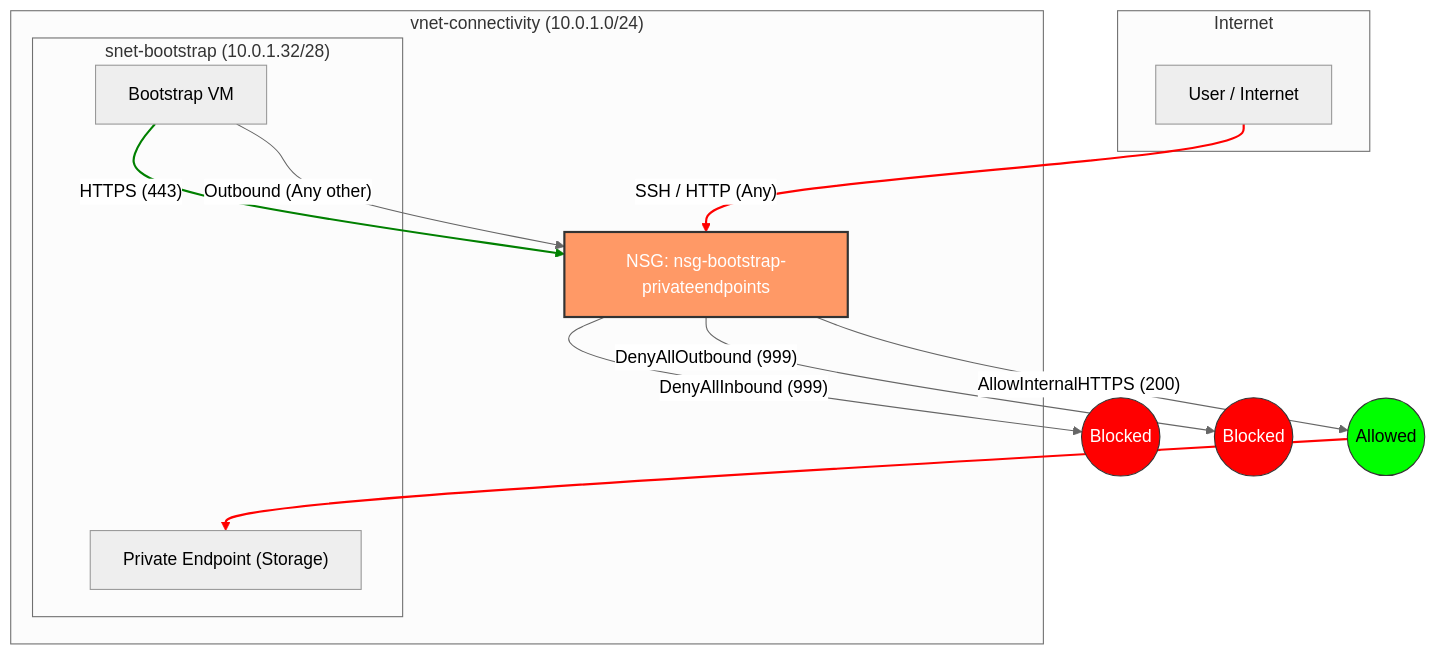
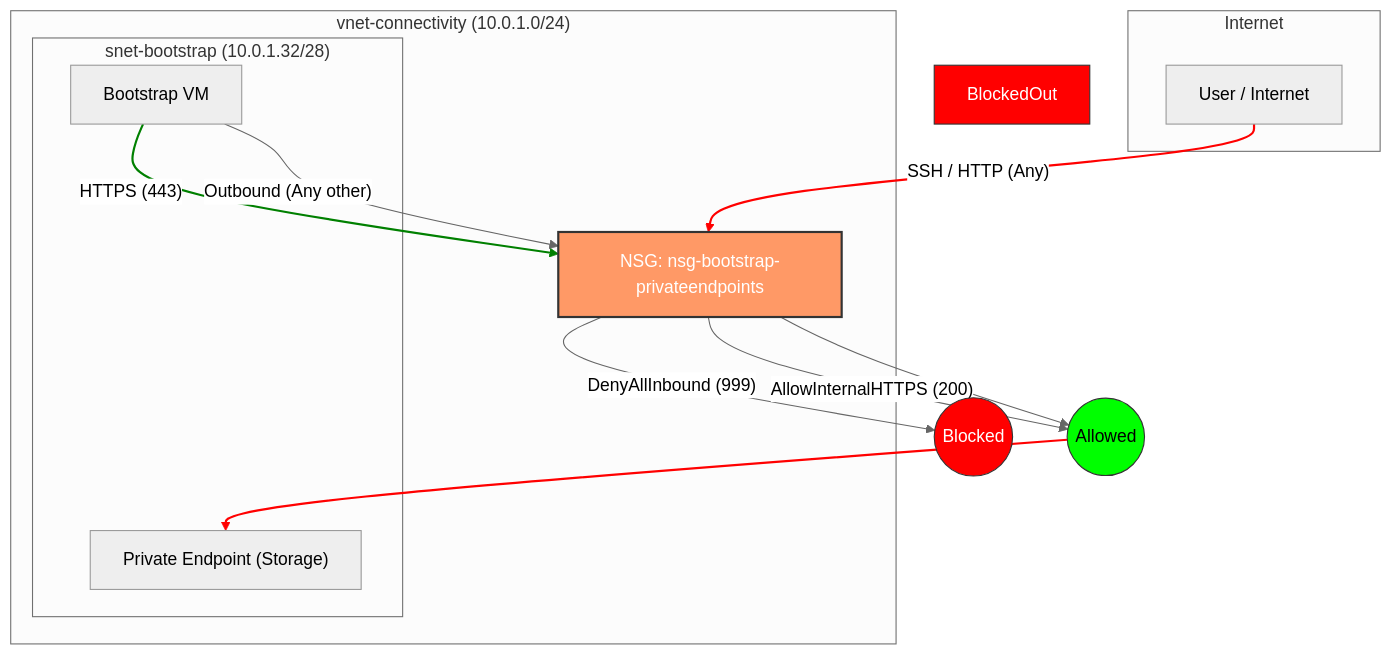
The diagram in 0-bootstrap/README.md (slyovich/alz-learning), drawn with Mermaid (neutral theme) before and after one commit. The commit also changed other lines of this file, not shown here.

Commit message:
docs: remove `DenyAllOutbound` rule from the network diagram and its descriptive note.

````diff
--- a/0-bootstrap/README.md
+++ b/0-bootstrap/README.md
@@ -72,37 +72,36 @@
 ```mermaid
 graph TD
     subgraph Internet
         User["User / Internet"]
     end
     
     subgraph VNet["vnet-connectivity (10.0.1.0/24)"]
         subgraph Subnet["snet-bootstrap (10.0.1.32/28)"]
             VM["Bootstrap VM"]
             PE["Private Endpoint (Storage)"]
         end
         
         NSG["NSG: nsg-bootstrap-privateendpoints"]
     end
 
     %% Styles
     style NSG fill:#f96,stroke:#333,stroke-width:2px,color:white
     style BlockedIn fill:#f00,stroke:#333,color:white
     style BlockedOut fill:#f00,stroke:#333,color:white
     style Allowed fill:#0f0,stroke:#333,color:black
 
     %% Flows
     User --"SSH / HTTP (Any)"--> NSG
     NSG --"DenyAllInbound (999)"--> BlockedIn((Blocked))
     
     VM --"HTTPS (443)"--> NSG
     NSG --"AllowInternalHTTPS (200)"--> Allowed((Allowed))
     Allowed --> PE
     
-    VM --"Outbound (Any other)"--> NSG
-    NSG --"DenyAllOutbound (999)"--> BlockedOut((Blocked))
+    VM --"Outbound (Any other)"--> NSG --> Allowed((Allowed))
     
     %% Labels
     linkStyle 0 stroke:red,stroke-width:2px;
     linkStyle 2 stroke:green,stroke-width:2px;
     linkStyle 4 stroke:red,stroke-width:2px;
 ```
````
